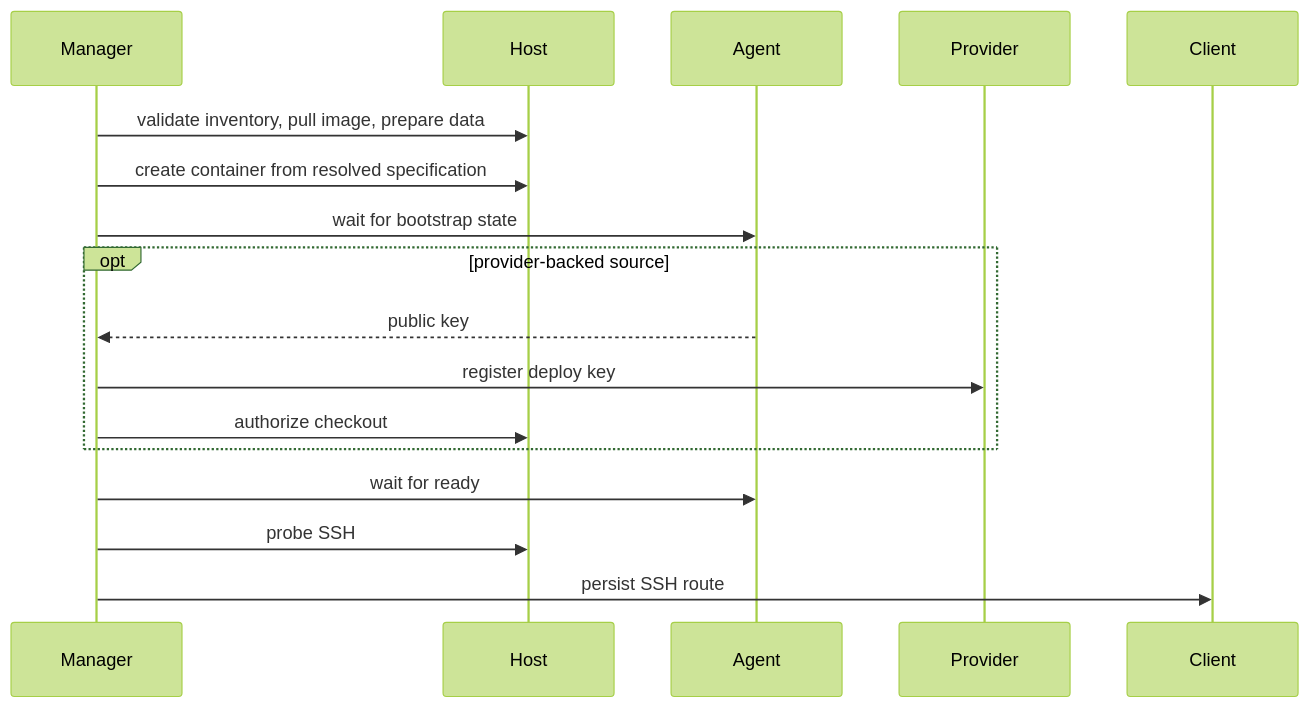
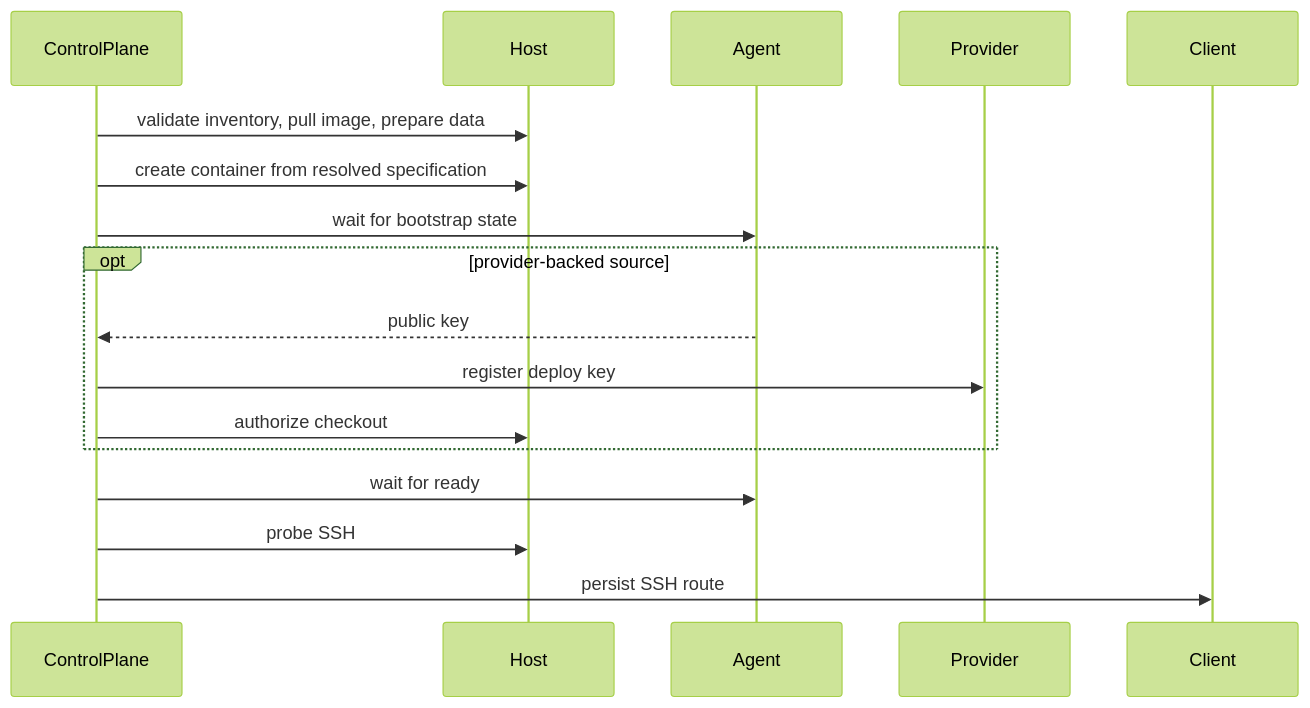
One commit to curoky/codespace changed the third of 3 diagrams in src/codespace/DESIGN.md. Above: the diagram before and after it, drawn with Mermaid (forest theme). The commit also changed other lines of this file and 40 other files, not shown here.

````diff
--- a/src/codespace/DESIGN.md
+++ b/src/codespace/DESIGN.md
@@ -133,20 +152,20 @@
 ```mermaid
 sequenceDiagram
-    participant Manager
+    participant ControlPlane
     participant Host
     participant Agent
     participant Provider
     participant Client
 
-    Manager->>Host: validate inventory, pull image, prepare data
-    Manager->>Host: create container from resolved specification
-    Manager->>Agent: wait for bootstrap state
+    ControlPlane->>Host: validate inventory, pull image, prepare data
+    ControlPlane->>Host: create container from resolved specification
+    ControlPlane->>Agent: wait for bootstrap state
     opt provider-backed source
-        Agent-->>Manager: public key
-        Manager->>Provider: register deploy key
-        Manager->>Host: authorize checkout
+        Agent-->>ControlPlane: public key
+        ControlPlane->>Provider: register deploy key
+        ControlPlane->>Host: authorize checkout
     end
-    Manager->>Agent: wait for ready
-    Manager->>Host: probe SSH
-    Manager->>Client: persist SSH route
+    ControlPlane->>Agent: wait for ready
+    ControlPlane->>Host: probe SSH
+    ControlPlane->>Client: persist SSH route
 ```
````
